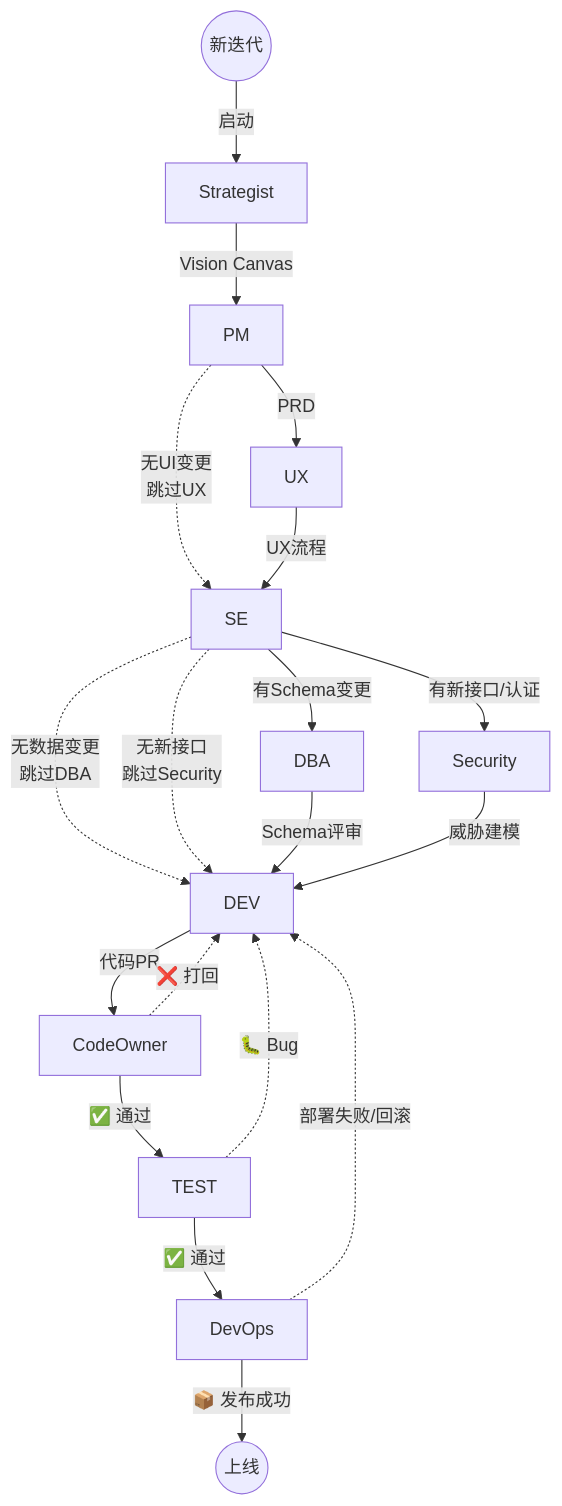
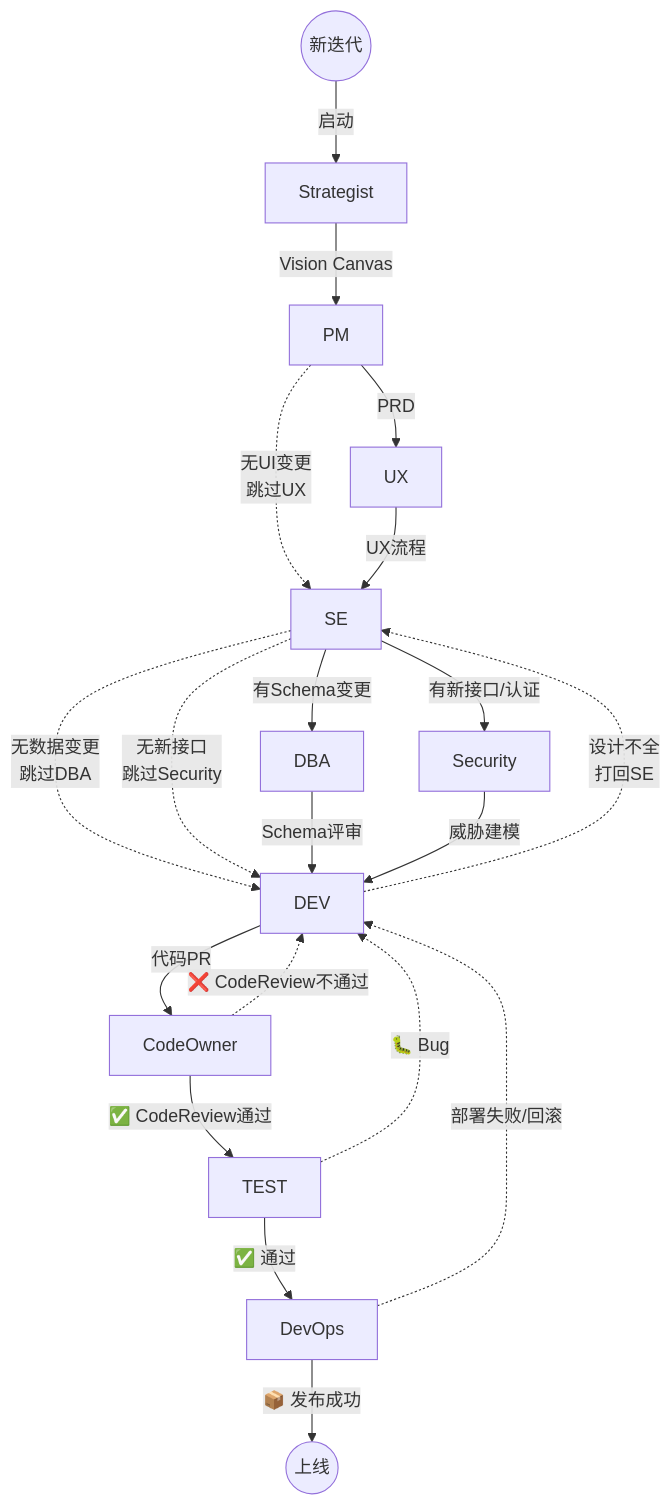
The first of 2 diagrams in skills/enterprise-workflow/SKILL.md (vince173/zcode-enterprise-workflow), drawn with Mermaid before and after one commit. The commit also changed 1 other file, not shown here.

Commit message:
feat: CodeOwner打回标准(7条) + 工作流图加入DEV→SE回路 + CodeReview标注

````diff
--- a/skills/enterprise-workflow/SKILL.md
+++ b/skills/enterprise-workflow/SKILL.md
@@ -243,25 +243,26 @@
 ```mermaid
 flowchart TB
     START((新迭代)) -->|启动| S[Strategist]
     S -->|Vision Canvas| PM
     PM -->|PRD| UX
     PM -.->|无UI变更<br/>跳过UX| SE
     UX -->|UX流程| SE
     SE -->|有Schema变更| DBA
     SE -->|有新接口/认证| SEC[Security]
     SE -.->|无数据变更<br/>跳过DBA| DEV
     SE -.->|无新接口<br/>跳过Security| DEV
 
     DBA -->|Schema评审| DEV
     SEC -->|威胁建模| DEV
 
+    DEV -.->|设计不全<br/>打回SE| SE
     DEV -->|代码PR| CO[CodeOwner]
-    CO -->|✅ 通过| TEST
-    CO -.->|❌ 打回| DEV
+    CO -->|✅ CodeReview通过| TEST
+    CO -.->|❌ CodeReview不通过| DEV
 
     TEST -->|✅ 通过| DevOps
     TEST -.->|🐛 Bug| DEV
 
     DevOps -.->|部署失败/回滚| DEV
     DevOps -->|📦 发布成功| DONE((上线))
 ```
````
